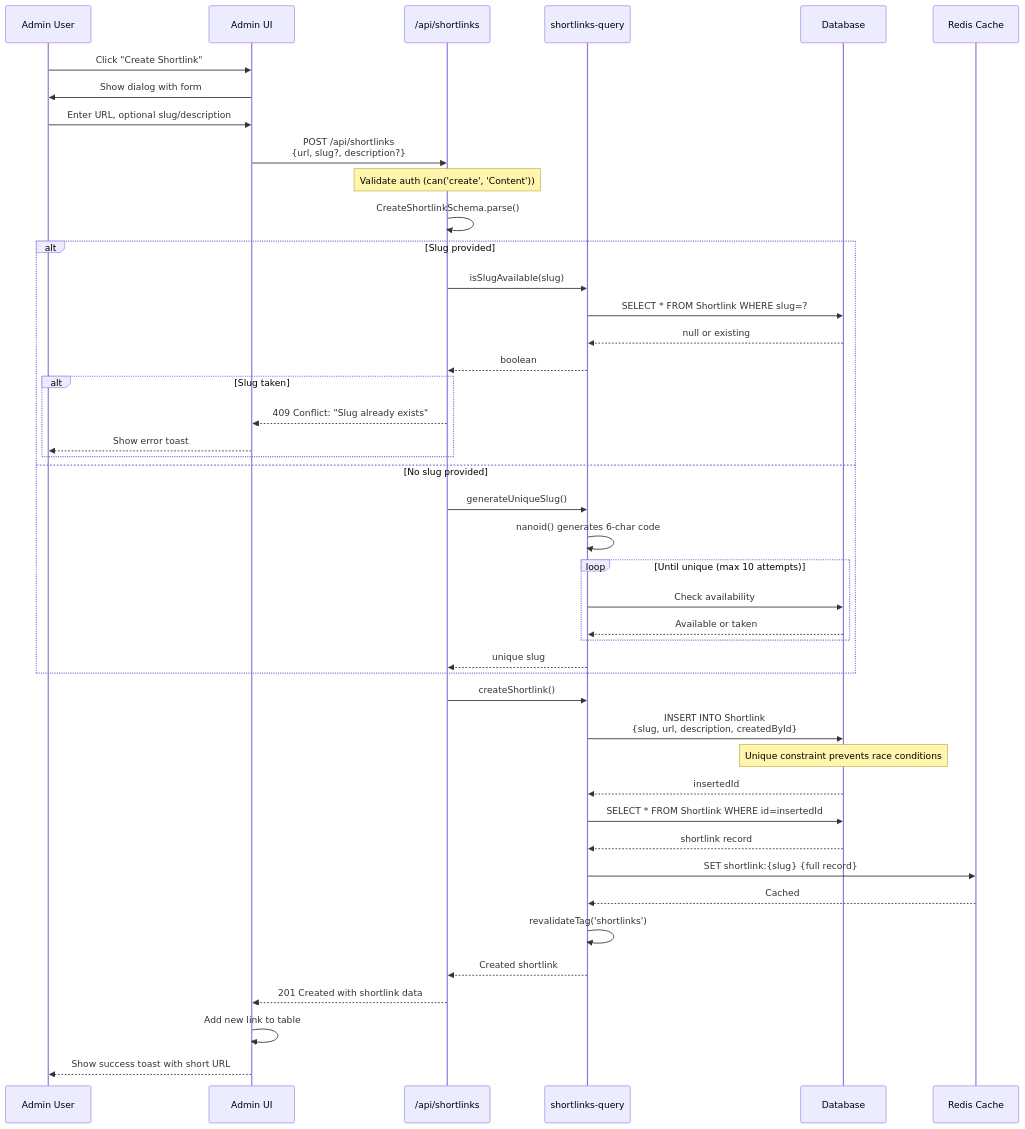
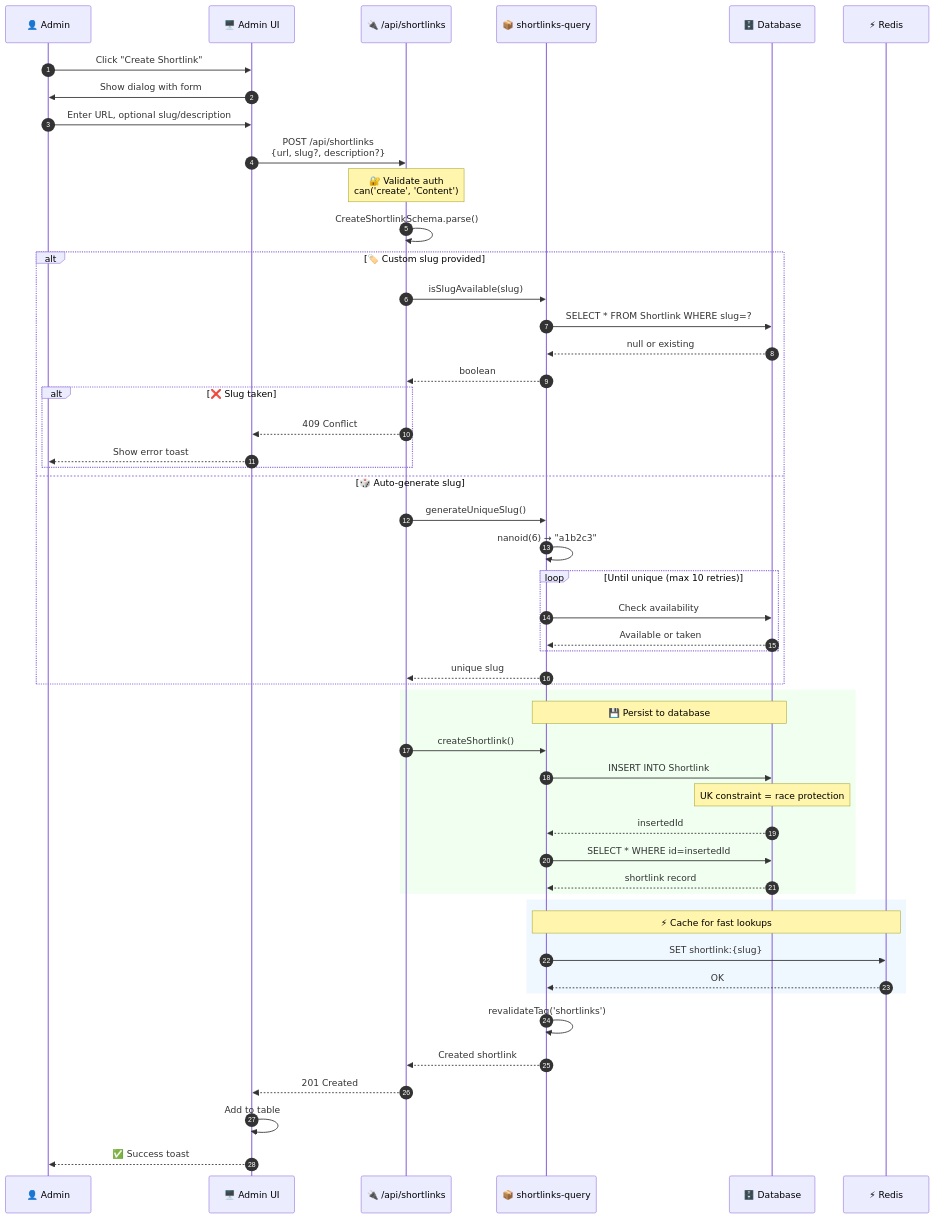
One commit to badass-courses/course-builder changed the second of 9 diagrams in apps/ai-hero/docs/flows/shortlinks.md. Above: the diagram before and after it, drawn with Mermaid. The commit also changed other lines of this file, not shown here.

First line of the commit message:
style(aih): enhance mermaid diagrams with theming, autonumber, and styling

````diff
--- a/apps/ai-hero/docs/flows/shortlinks.md
+++ b/apps/ai-hero/docs/flows/shortlinks.md
@@ -79,54 +89,69 @@
 ```mermaid
 sequenceDiagram
-    participant Admin as Admin User
-    participant UI as Admin UI
-    participant API as /api/shortlinks
-    participant Query as shortlinks-query
-    participant DB as Database
-    participant Redis as Redis Cache
+    autonumber
+    %% ━━━━━━━━━━━━━━━━━━━━━━━━━━━━━━━━━━━━━━━━━━━━━━━━━━━━━━━━━━━━━━
+    %% Admin creates shortlink via UI → API → DB → Cache
+    %% ━━━━━━━━━━━━━━━━━━━━━━━━━━━━━━━━━━━━━━━━━━━━━━━━━━━━━━━━━━━━━━
 
+    participant Admin as 👤 Admin
+    participant UI as 🖥️ Admin UI
+    participant API as 🔌 /api/shortlinks
+    participant Query as 📦 shortlinks-query
+    participant DB as 🗄️ Database
+    participant Redis as ⚡ Redis
+
+    %% Step 1: UI interaction
     Admin->>UI: Click "Create Shortlink"
     UI->>Admin: Show dialog with form
     Admin->>UI: Enter URL, optional slug/description
     UI->>API: POST /api/shortlinks<br/>{url, slug?, description?}
 
-    Note over API: Validate auth (can('create', 'Content'))
+    %% Step 2: Auth & validation
+    Note over API: 🔐 Validate auth<br/>can('create', 'Content')
     API->>API: CreateShortlinkSchema.parse()
 
-    alt Slug provided
+    %% Step 3: Slug handling
+    alt 🏷️ Custom slug provided
         API->>Query: isSlugAvailable(slug)
         Query->>DB: SELECT * FROM Shortlink WHERE slug=?
         DB-->>Query: null or existing
         Query-->>API: boolean
 
-        alt Slug taken
-            API-->>UI: 409 Conflict: "Slug already exists"
+        alt ❌ Slug taken
+            API-->>UI: 409 Conflict
             UI-->>Admin: Show error toast
         end
-    else No slug provided
+    else 🎲 Auto-generate slug
         API->>Query: generateUniqueSlug()
-        Query->>Query: nanoid() generates 6-char code
-        loop Until unique (max 10 attempts)
+        Query->>Query: nanoid(6) → "a1b2c3"
+        loop Until unique (max 10 retries)
             Query->>DB: Check availability
             DB-->>Query: Available or taken
         end
         Query-->>API: unique slug
     end
 
-    API->>Query: createShortlink()
-    Query->>DB: INSERT INTO Shortlink<br/>{slug, url, description, createdById}
-    Note over DB: Unique constraint prevents race conditions
-    DB-->>Query: insertedId
+    %% Step 4: Create record
+    rect rgb(240, 255, 240)
+        Note over Query,DB: 💾 Persist to database
+        API->>Query: createShortlink()
+        Query->>DB: INSERT INTO Shortlink
+        Note over DB: UK constraint = race protection
+        DB-->>Query: insertedId
+        Query->>DB: SELECT * WHERE id=insertedId
+        DB-->>Query: shortlink record
+    end
 
-    Query->>DB: SELECT * FROM Shortlink WHERE id=insertedId
-    DB-->>Query: shortlink record
-
-    Query->>Redis: SET shortlink:{slug} {full record}
-    Redis-->>Query: Cached
+    %% Step 5: Cache & respond
+    rect rgb(240, 248, 255)
+        Note over Query,Redis: ⚡ Cache for fast lookups
+        Query->>Redis: SET shortlink:{slug}
+        Redis-->>Query: OK
+    end
 
     Query->>Query: revalidateTag('shortlinks')
     Query-->>API: Created shortlink
-    API-->>UI: 201 Created with shortlink data
-    UI->>UI: Add new link to table
-    UI-->>Admin: Show success toast with short URL
+    API-->>UI: 201 Created
+    UI->>UI: Add to table
+    UI-->>Admin: ✅ Success toast
 ```
````
